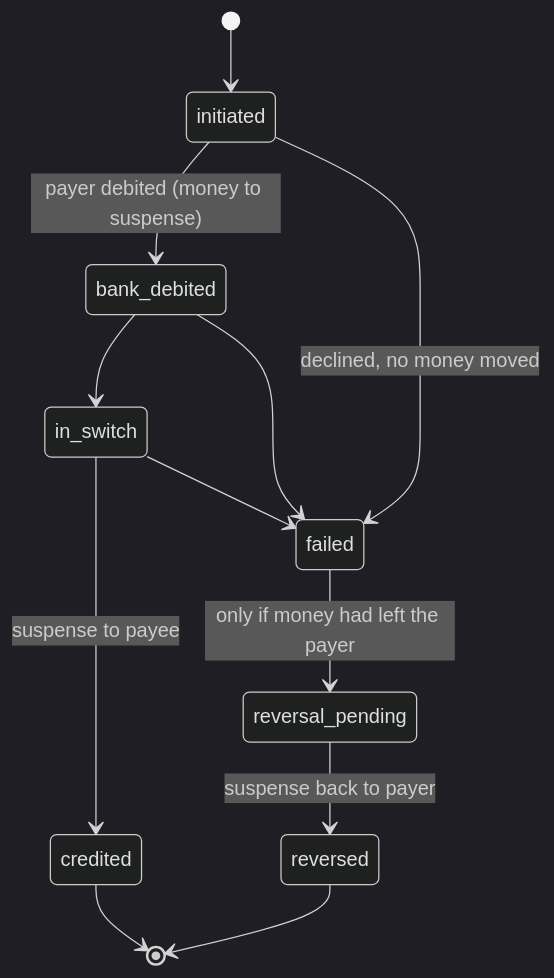
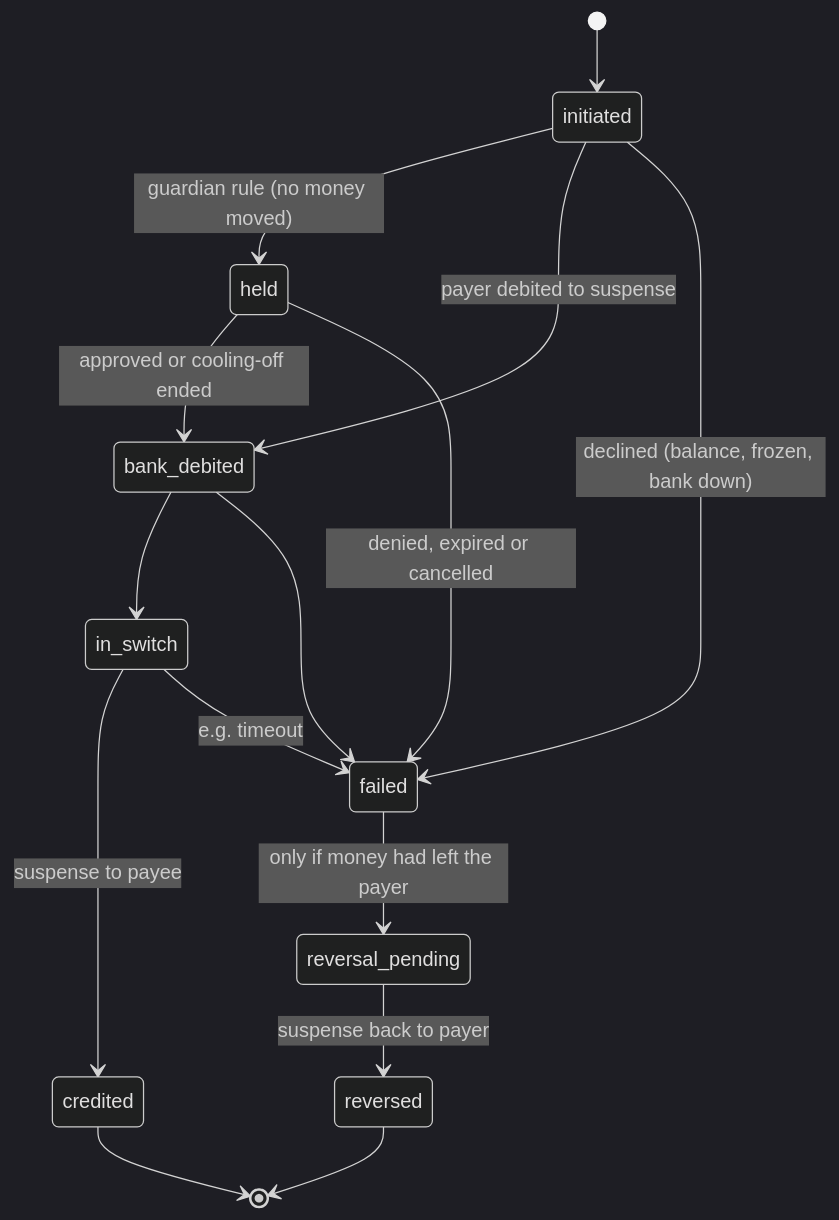
One commit to Drxquantam/Tracepay changed the second of 3 diagrams in README.md. Above: the diagram before and after it, drawn with Mermaid (dark theme). The commit also changed other lines of this file and 39 other files, not shown here.

````diff
--- a/README.md
+++ b/README.md
@@ -102,14 +156,17 @@
 ```mermaid
 stateDiagram-v2
     [*] --> initiated
-    initiated --> bank_debited: payer debited (money to suspense)
-    initiated --> failed: declined, no money moved
+    initiated --> held: guardian rule (no money moved)
+    held --> bank_debited: approved or cooling-off ended
+    held --> failed: denied, expired or cancelled
+    initiated --> bank_debited: payer debited to suspense
+    initiated --> failed: declined (balance, frozen, bank down)
     bank_debited --> in_switch
     bank_debited --> failed
     in_switch --> credited: suspense to payee
-    in_switch --> failed
+    in_switch --> failed: e.g. timeout
     failed --> reversal_pending: only if money had left the payer
     reversal_pending --> reversed: suspense back to payer
     credited --> [*]
     reversed --> [*]
 ```
````
